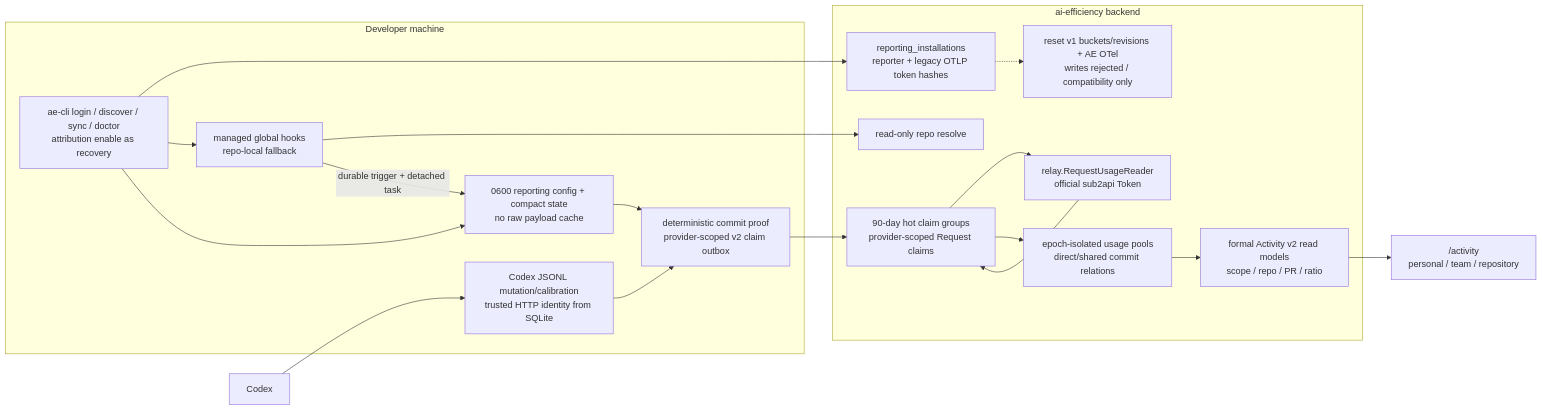
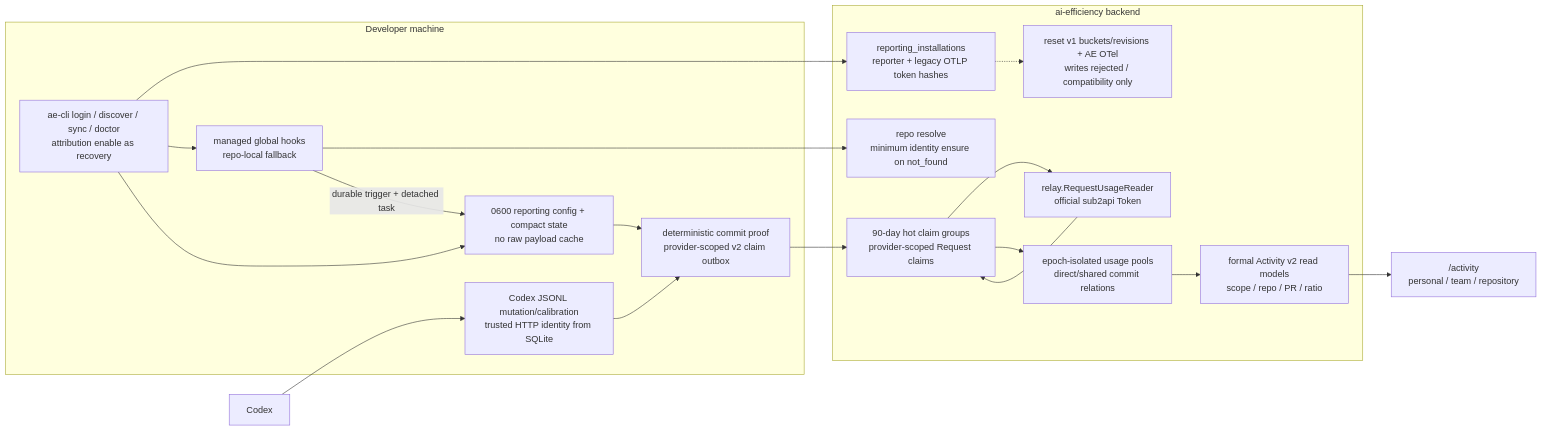
One commit to LichKing-2234/ai-efficiency changed the fourth of 4 diagrams in docs/architecture.md. Above: the diagram before and after it, drawn with Mermaid. The commit also changed other lines of this file and 23 other files, not shown here.

````diff
--- a/docs/architecture.md
+++ b/docs/architecture.md
@@ -703,40 +707,40 @@
 ```mermaid
 flowchart LR
     Codex["Codex"]
 
     subgraph Local["Developer machine"]
         CLI["ae-cli login / discover / sync / doctor<br/>attribution enable as recovery"]
         Hooks["managed global hooks<br/>repo-local fallback"]
         Evidence["Codex JSONL mutation/calibration<br/>trusted HTTP identity from SQLite"]
         Claims["deterministic commit proof<br/>provider-scoped v2 claim outbox"]
         State["0600 reporting config + compact state<br/>no raw payload cache"]
     end
 
     subgraph Backend["ai-efficiency backend"]
         Install["reporting_installations<br/>reporter + legacy OTLP token hashes"]
-        Resolve["read-only repo resolve"]
+        Resolve["repo resolve<br/>minimum identity ensure on not_found"]
         Hot["90-day hot claim groups<br/>provider-scoped Request claims"]
         Relay["relay.RequestUsageReader<br/>official sub2api Token"]
         Pools["epoch-isolated usage pools<br/>direct/shared commit relations"]
         Legacy["reset v1 buckets/revisions + AE OTel<br/>writes rejected / compatibility only"]
         Activity["formal Activity v2 read models<br/>scope / repo / PR / ratio"]
     end
 
     UI["/activity<br/>personal / team / repository"]
 
     CLI --> Install
     CLI --> Hooks
     CLI --> State
     Codex --> Evidence
     Hooks --> Resolve
     Hooks -->|"durable trigger + detached task"| State
     State --> Claims
     Evidence --> Claims
     Claims --> Hot
     Hot --> Relay
     Relay --> Hot
     Hot --> Pools
     Install -.-> Legacy
     Pools --> Activity
     Activity --> UI
 ```
````
